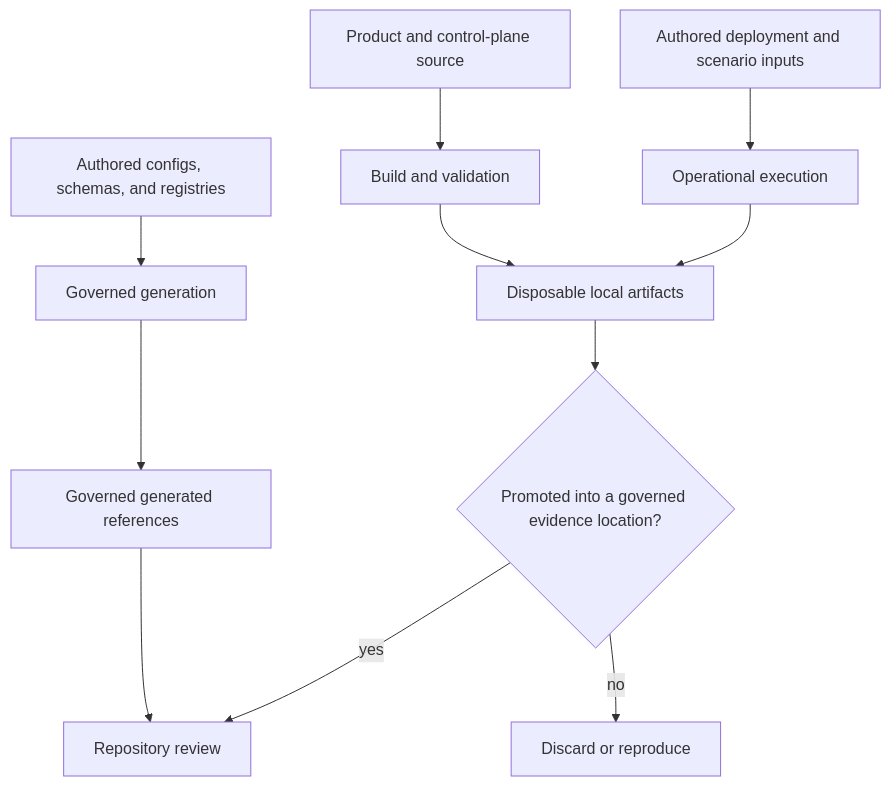
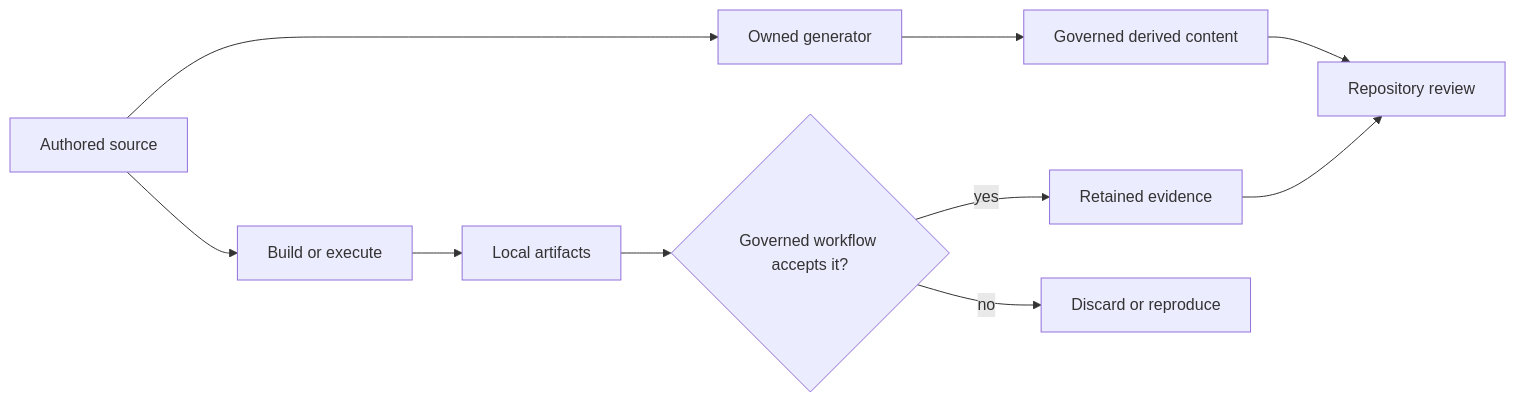
One commit to bijux/bijux-atlas changed the diagram in docs/bijux-atlas-dev/workspace/index.md. Above: the diagram before and after it, drawn with Mermaid. The commit also changed other lines of this file and 2 other files, not shown here.

Commit message:
docs(maintainers): route changes through owned controls

````diff
--- a/docs/bijux-atlas-dev/workspace/index.md
+++ b/docs/bijux-atlas-dev/workspace/index.md
@@ -17,13 +16,12 @@
 ```mermaid
-flowchart TD
-    Contracts[Authored configs, schemas, and registries] --> Generate[Governed generation]
-    Product[Product and control-plane source] --> Build[Build and validation]
-    Ops[Authored deployment and scenario inputs] --> Execute[Operational execution]
-    Generate --> Governed[Governed generated references]
-    Build --> Artifacts[Disposable local artifacts]
-    Execute --> Artifacts
+flowchart LR
+    Authored[Authored source] --> Generate[Owned generator]
+    Generate --> Governed[Governed derived content]
+    Authored --> Execute[Build or execute]
+    Execute --> Local[Local artifacts]
     Governed --> Review[Repository review]
-    Artifacts --> Evidence{Promoted into a governed evidence location?}
-    Evidence -->|yes| Review
-    Evidence -->|no| Dispose[Discard or reproduce]
+    Local --> Promote{Governed workflow accepts it?}
+    Promote -->|yes| Evidence[Retained evidence]
+    Promote -->|no| Dispose[Discard or reproduce]
+    Evidence --> Review
 ```
````
